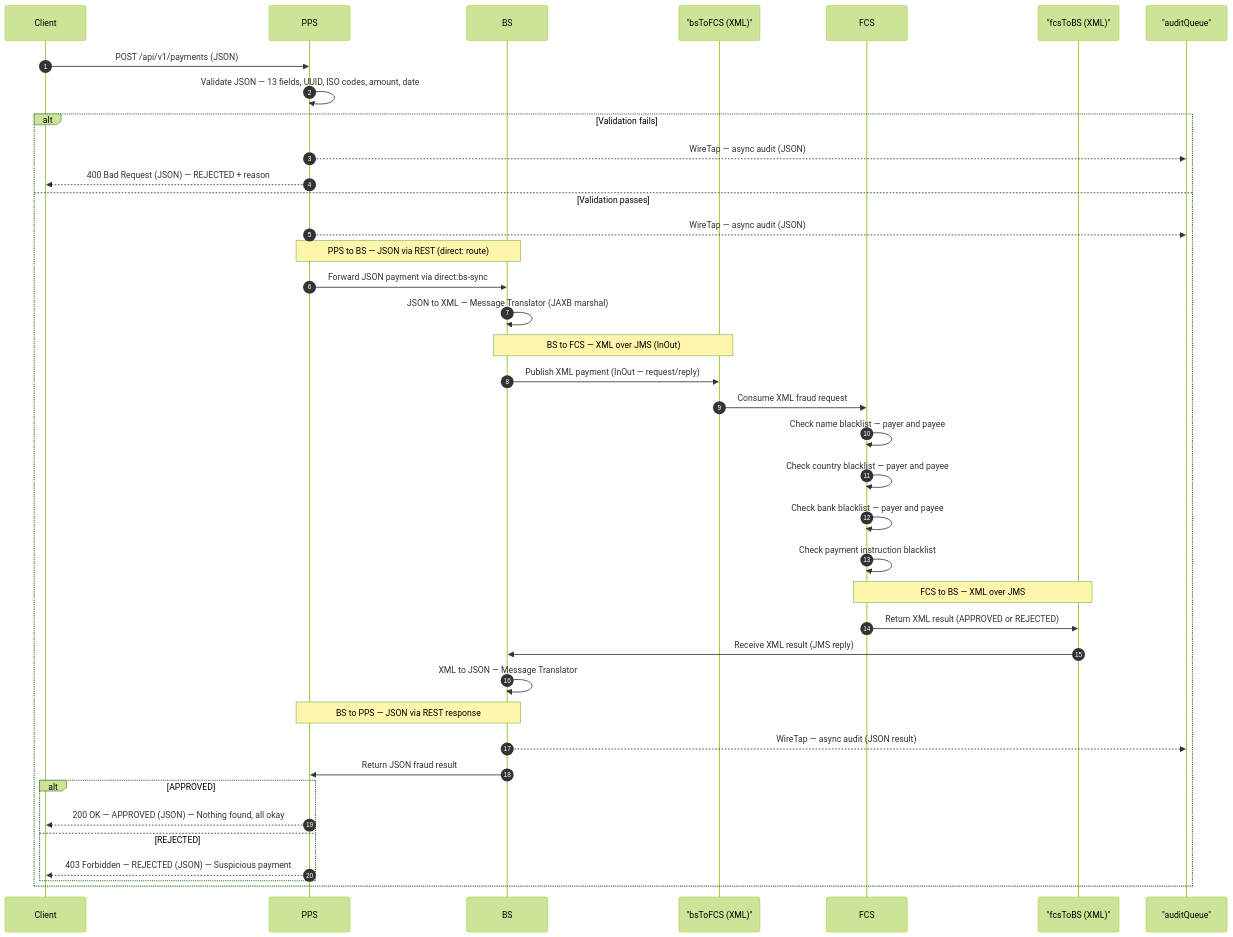
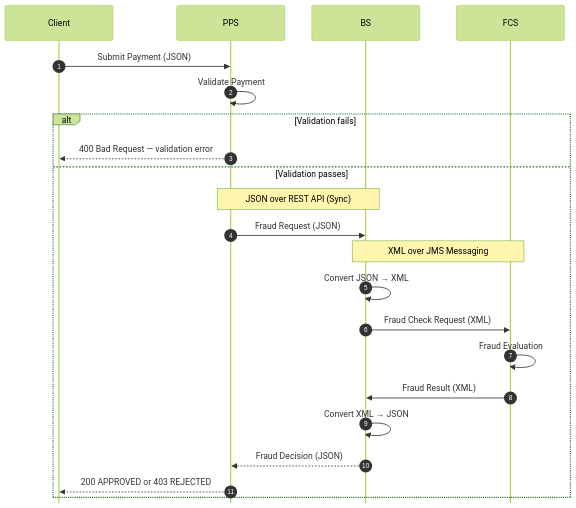
The fourth of 4 diagrams in README.md (rprakash-demo/bank-payment-fraud-poc), drawn with Mermaid (forest theme) before and after one commit. The commit also changed other lines of this file and 3 other files, not shown here.

````diff
--- a/README.md
+++ b/README.md
@@ -250,54 +213,33 @@
 ```mermaid
+%%{init: {"sequence": {"width": 200, "actorFontSize": 14, "noteFontSize": 13, "messageFontSize": 13, "mirrorActors": false}} }%%
 sequenceDiagram
     autonumber
     participant Client
     participant PPS
     participant BS
-    participant Q_bsToFCS as "bsToFCS (XML)"
     participant FCS
-    participant Q_fcsToBS as "fcsToBS (XML)"
-    participant Audit     as "auditQueue"
 
-    Client->>PPS: POST /api/v1/payments (JSON)
-    PPS->>PPS: Validate JSON — 13 fields, UUID, ISO codes, amount, date
+    Client ->> PPS : Submit Payment (JSON)
+    PPS    ->> PPS : Validate Payment
 
     alt Validation fails
-        PPS-->>Audit: WireTap — async audit (JSON)
-        PPS-->>Client: 400 Bad Request (JSON) — REJECTED + reason
+        PPS -->> Client : 400 Bad Request — validation error
     else Validation passes
-        PPS-->>Audit: WireTap — async audit (JSON)
+        note over PPS,BS: JSON over REST API (Sync)
 
-        note over PPS,BS: PPS to BS — JSON via REST (direct: route)
+        PPS ->>  BS  : Fraud Request (JSON)
 
-        PPS->>BS: Forward JSON payment via direct:bs-sync
-        BS->>BS: JSON to XML — Message Translator (JAXB marshal)
+        note over BS,FCS: XML over JMS Messaging
 
-        note over BS,Q_bsToFCS: BS to FCS — XML over JMS (InOut)
+        BS  ->>  BS  : Convert JSON → XML
+        BS  ->>  FCS : Fraud Check Request (XML)
 
-        BS->>Q_bsToFCS: Publish XML payment (InOut — request/reply)
+        FCS ->>  FCS : Fraud Evaluation
+        FCS ->>  BS  : Fraud Result (XML)
 
-        Q_bsToFCS->>FCS: Consume XML fraud request
-        FCS->>FCS: Check name blacklist — payer and payee
-        FCS->>FCS: Check country blacklist — payer and payee
-        FCS->>FCS: Check bank blacklist — payer and payee
-        FCS->>FCS: Check payment instruction blacklist
+        BS  ->>  BS  : Convert XML → JSON
+        BS  -->> PPS : Fraud Decision (JSON)
 
-        note over FCS,Q_fcsToBS: FCS to BS — XML over JMS
-
-        FCS->>Q_fcsToBS: Return XML result (APPROVED or REJECTED)
-
-        Q_fcsToBS->>BS: Receive XML result (JMS reply)
-        BS->>BS: XML to JSON — Message Translator
-
-        note over BS,PPS: BS to PPS — JSON via REST response
-
-        BS-->>Audit: WireTap — async audit (JSON result)
-        BS->>PPS: Return JSON fraud result
-
-        alt APPROVED
-            PPS-->>Client: 200 OK — APPROVED (JSON) — Nothing found, all okay
-        else REJECTED
-            PPS-->>Client: 403 Forbidden — REJECTED (JSON) — Suspicious payment
-        end
+        PPS -->> Client : 200 APPROVED or 403 REJECTED
     end
 ```
````
